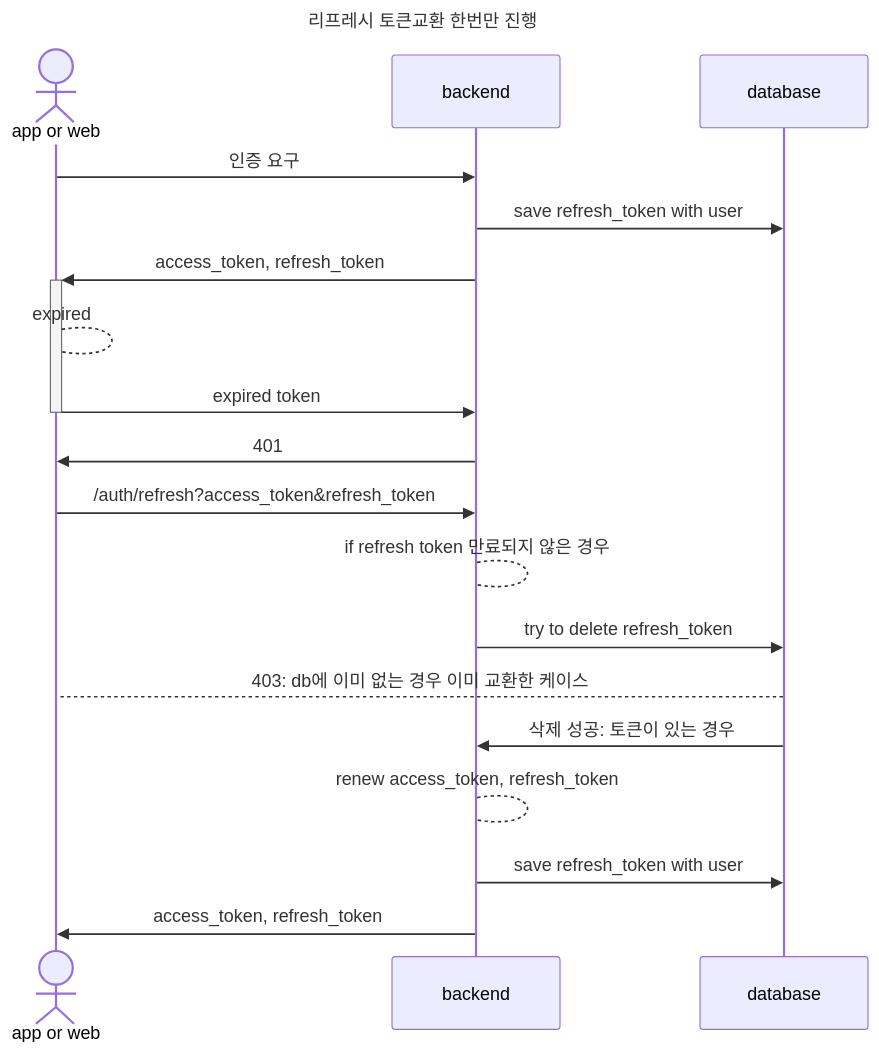
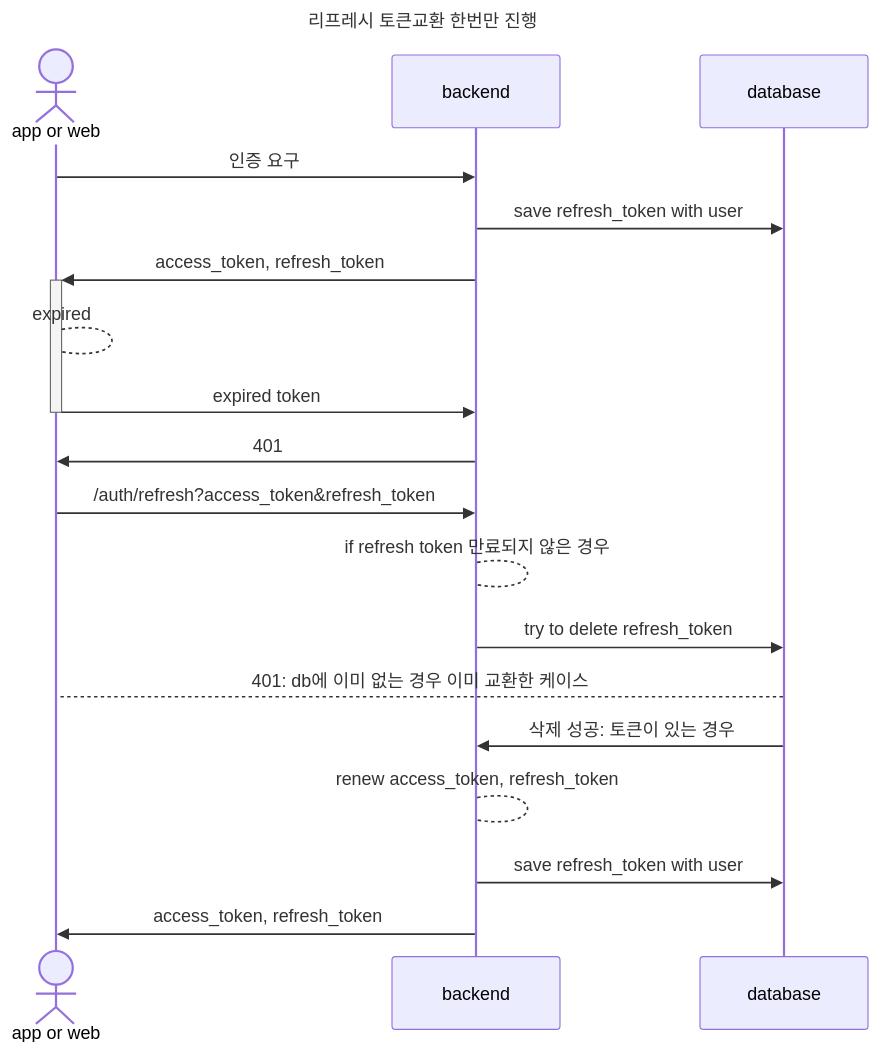
The second of 2 diagrams in jwt.md (deptno/public-wiki), drawn with Mermaid before and after one commit.

Commit message:
막상 처리하려고보니 403이 혼란이 있을 수 있어 보임

````diff
--- a/jwt.md
+++ b/jwt.md
@@ -45,22 +45,22 @@
 ```mermaid
 sequenceDiagram
   title: 리프레시 토큰교환 한번만 진행
   actor app as app or web
   participant be as backend
   participant db as database
 
   app ->> be: 인증 요구
   be ->> db: save refresh_token with user
   be ->>+ app: access_token, refresh_token
   app --> app: expired
   app ->>- be: expired token
   be ->> app: 401
   app ->> be: /auth/refresh?access_token&refresh_token
   be --> be: if refresh token 만료되지 않은 경우
   be ->> db: try to delete refresh_token
-  db --> app: 403: db에 이미 없는 경우 이미 교환한 케이스
+  db --> app: 401: db에 이미 없는 경우 이미 교환한 케이스
   db ->> be: 삭제 성공: 토큰이 있는 경우
   be --> be: renew access_token, refresh_token
   be ->> db: save refresh_token with user
   be ->> app: access_token, refresh_token
 ```
````
